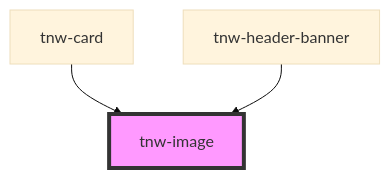
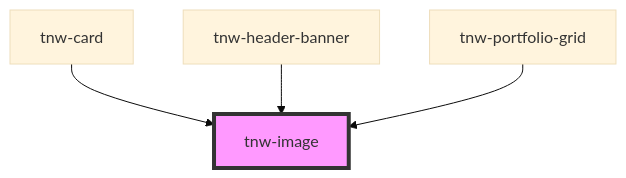
Before and after one commit to technway/technway-component-library: the diagram in packages/stencil-library/src/components/tnw-image/readme.md, drawn with Mermaid (base theme). The commit also changed other lines of this file and 19 other files, not shown here.

Commit message:
feat(tnw-button): implement tnw-portfolio component

````diff
--- a/packages/stencil-library/src/components/tnw-image/readme.md
+++ b/packages/stencil-library/src/components/tnw-image/readme.md
@@ -86,6 +87,7 @@
 ```mermaid
 graph TD;
   tnw-card --> tnw-image
   tnw-header-banner --> tnw-image
+  tnw-portfolio-grid --> tnw-image
   style tnw-image fill:#f9f,stroke:#333,stroke-width:4px
 ```
````
